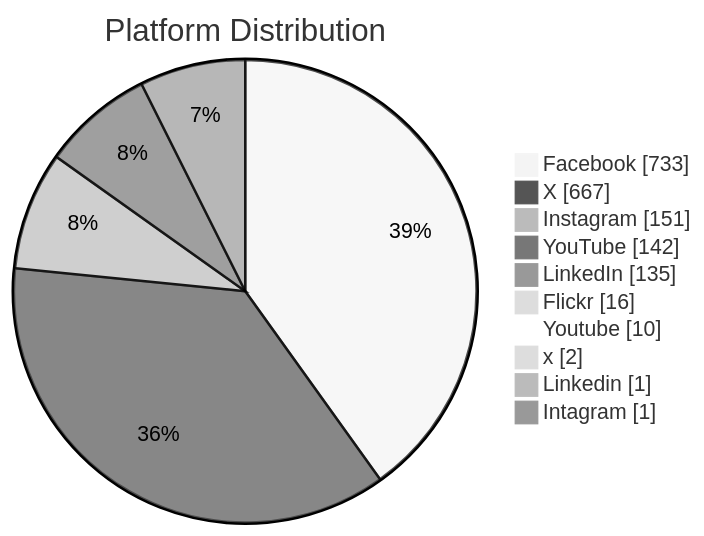
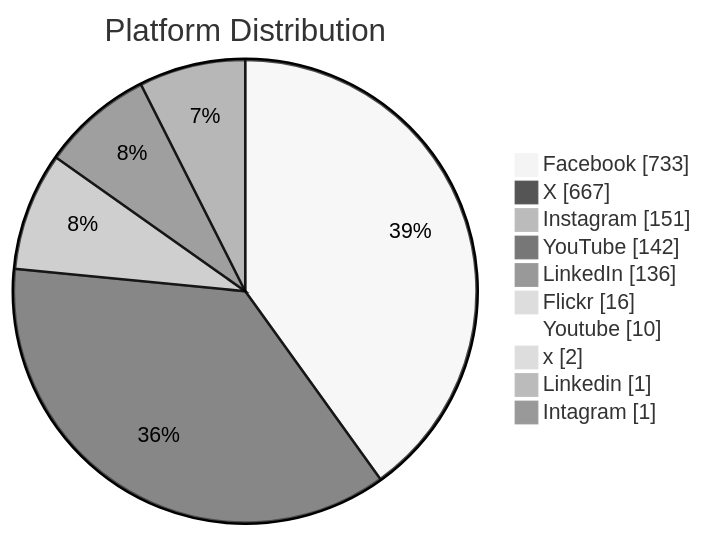
Before and after one commit to PatLittle/GC-Socials: the second of 6 diagrams in README.md, drawn with Mermaid (neutral theme). The commit also changed other lines of this file, not shown here.

Commit message:
Update README with Platform Distribution pie chart

````diff
--- a/README.md
+++ b/README.md
@@ -65,13 +66,13 @@
 ```mermaid
 pie showData title Platform Distribution
     "Facebook": 733
     "X": 667
     "Instagram": 151
     "YouTube": 142
-    "LinkedIn": 135
+    "LinkedIn": 136
     "Flickr": 16
     "Youtube": 10
     "x": 2
     "Linkedin": 1
     "Intagram": 1
 ```
````
